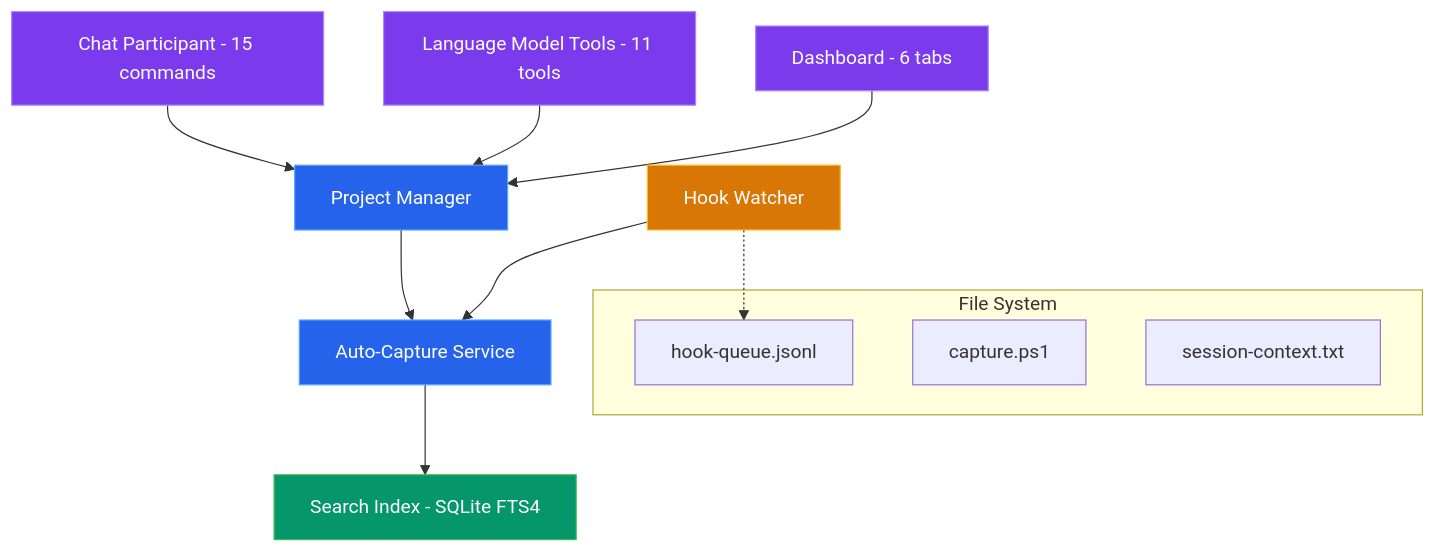
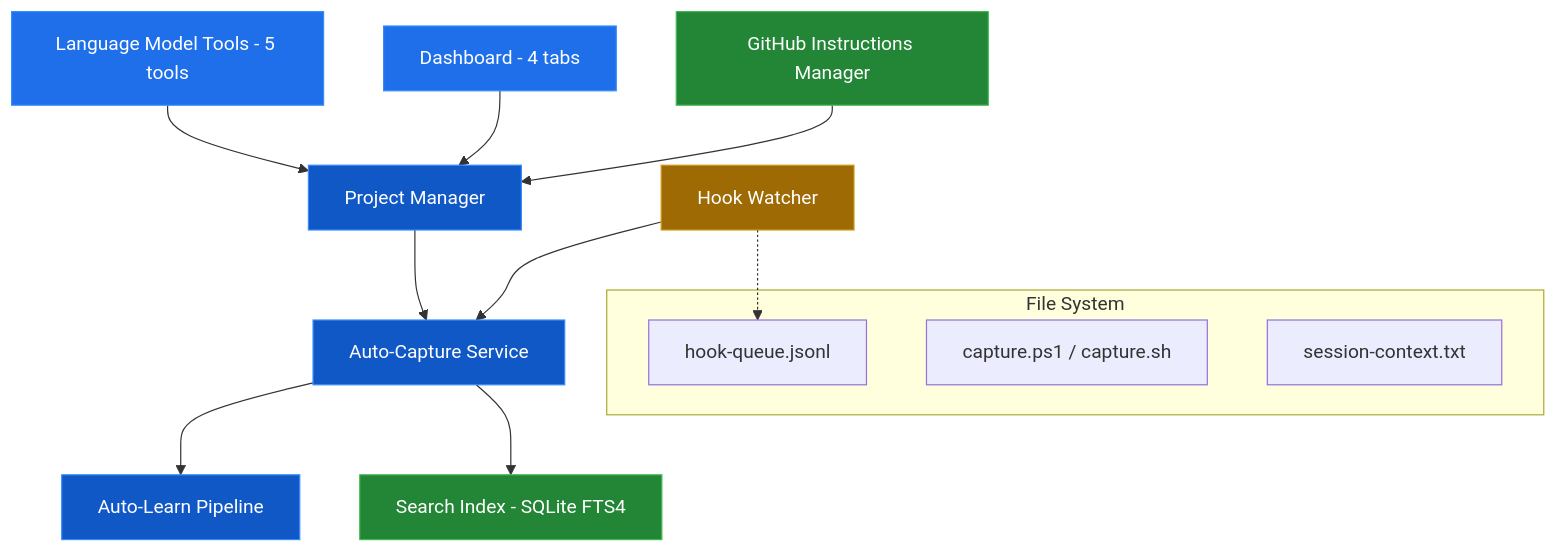
The first of 5 diagrams in docs/architecture/overview.md (GittyHarsha/ContextManager), drawn with Mermaid before and after one commit. The commit also changed other lines of this file and 86 other files, not shown here.

```diff
--- a/docs/architecture/overview.md
+++ b/docs/architecture/overview.md
@@ -21,24 +21,26 @@
 <pre class="mermaid">
 graph TB
-    CP[Chat Participant - 15 commands] --> PM[Project Manager]
-    LMT[Language Model Tools - 11 tools] --> PM
-    DASH[Dashboard - 6 tabs] --> PM
+    LMT[Language Model Tools - 5 tools] --> PM[Project Manager]
+    DASH[Dashboard - 4 tabs] --> PM
     PM --> AC[Auto-Capture Service]
+    AC --> AL[Auto-Learn Pipeline]
     AC --> SI[Search Index - SQLite FTS4]
     HW[Hook Watcher] --> AC
+    GI[GitHub Instructions Manager] --> PM
     HW -.-> HQ
 
     subgraph FS[File System]
         HQ[hook-queue.jsonl]
-        SC[capture.ps1]
+        SC[capture.ps1 / capture.sh]
         CTX[session-context.txt]
     end
 
-    style CP fill:#7c3aed,stroke:#a78bfa,color:#fff
-    style LMT fill:#7c3aed,stroke:#a78bfa,color:#fff
-    style DASH fill:#7c3aed,stroke:#a78bfa,color:#fff
-    style PM fill:#2563eb,stroke:#58a6ff,color:#fff
-    style AC fill:#2563eb,stroke:#58a6ff,color:#fff
-    style SI fill:#059669,stroke:#3fb950,color:#fff
-    style HW fill:#d97706,stroke:#fbbf24,color:#fff
+    style LMT fill:#1f6feb,stroke:#388bfd,color:#fff
+    style DASH fill:#1f6feb,stroke:#388bfd,color:#fff
+    style PM fill:#1158c7,stroke:#388bfd,color:#fff
+    style AC fill:#1158c7,stroke:#388bfd,color:#fff
+    style AL fill:#1158c7,stroke:#388bfd,color:#fff
+    style SI fill:#238636,stroke:#3fb950,color:#fff
+    style HW fill:#9e6a03,stroke:#d29922,color:#fff
+    style GI fill:#238636,stroke:#3fb950,color:#fff
 </pre>
```
